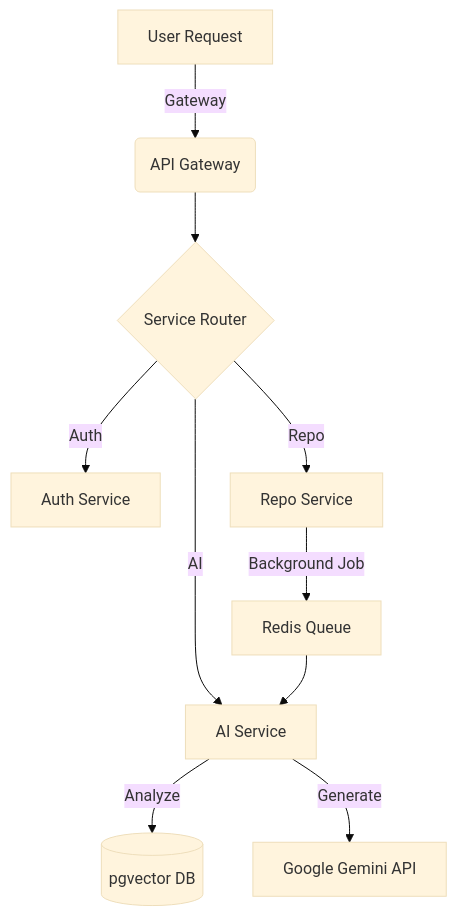
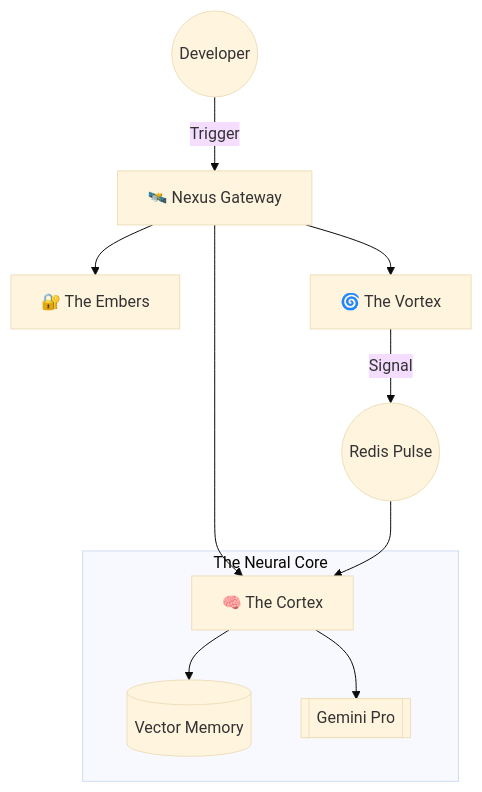
The diagram in README.md (adamfutur/gitpro), drawn with Mermaid (base theme) before and after one commit. The commit also changed other lines of this file, not shown here.

First line of the commit message:
Revise README for GitPro Phoenix branding and details

````diff
--- a/README.md
+++ b/README.md
@@ -87,14 +83,15 @@
 ```mermaid
 graph TD
-    A[User Request] -->|Gateway| B(API Gateway)
-    B --> C{Service Router}
-    C -->|Auth| D[Auth Service]
-    C -->|Repo| E[Repo Service]
-    C -->|AI| F[AI Service]
+    User((Developer)) -->|Trigger| Nexus[🛰️ Nexus Gateway]
+    Nexus --> Auth[🔐 The Embers]
+    Nexus --> Repo[🌀 The Vortex]
+    Nexus --> AI[🧠 The Cortex]
     
-    F -->|Analyze| G[(pgvector DB)]
-    F -->|Generate| H[Google Gemini API]
+    subgraph "The Neural Core"
+    AI --> pgv[(Vector Memory)]
+    AI --> Gemini[[Gemini Pro]]
+    end
     
-    E -->|Background Job| I[Redis Queue]
-    I --> F
+    Repo -->|Signal| Redis((Redis Pulse))
+    Redis --> AI
 ```
````
